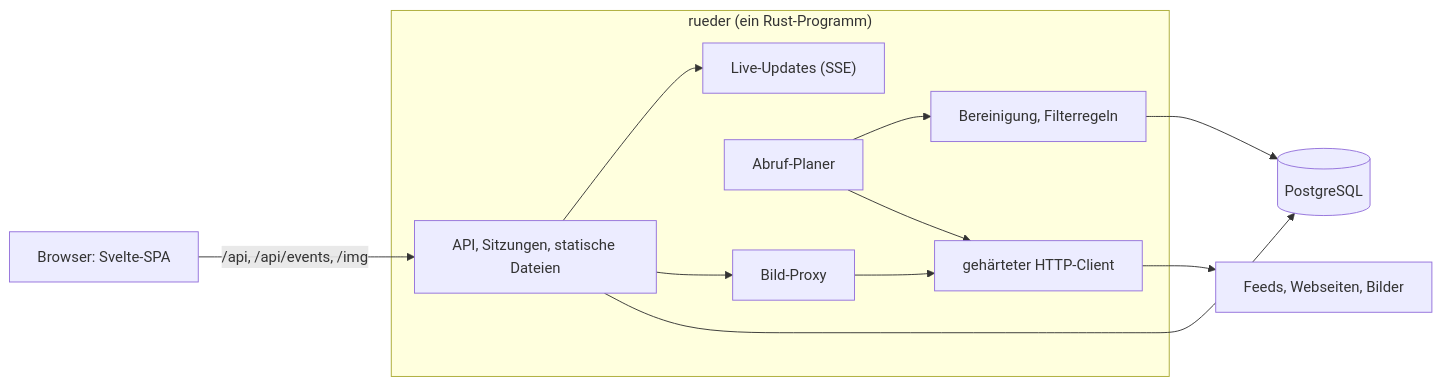
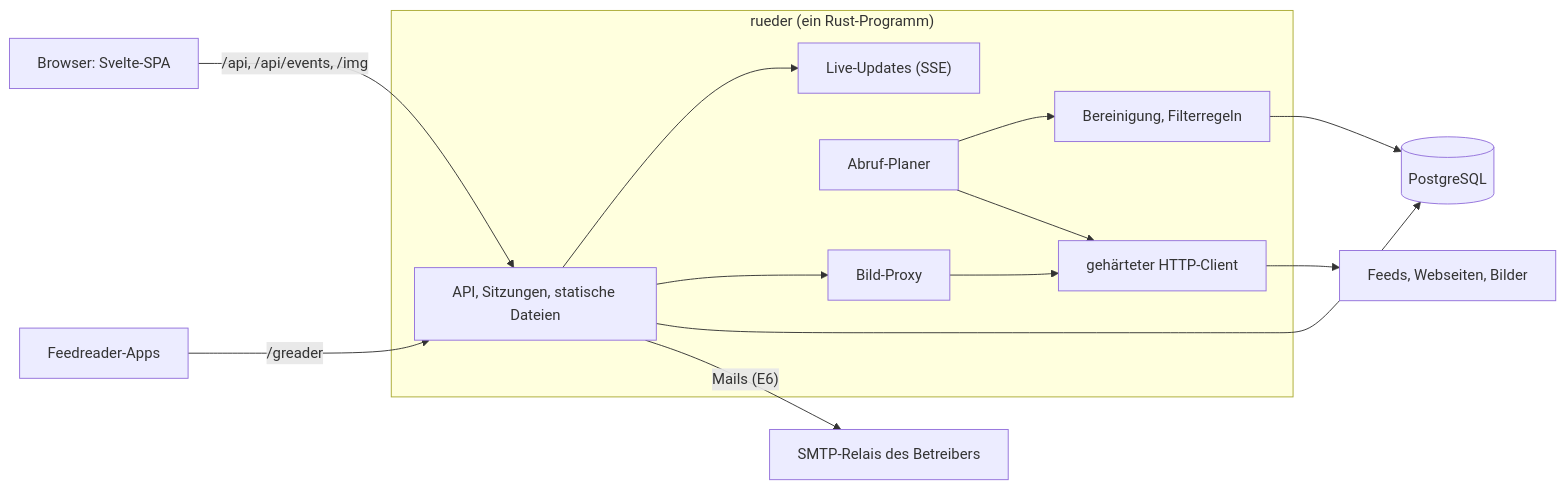
The diagram in docs/architecture.md (FionaPreroll/rueder), drawn with Mermaid before and after one commit. The commit also changed other lines of this file and 6 other files, not shown here.

````diff
--- a/docs/architecture.md
+++ b/docs/architecture.md
@@ -32,24 +35,28 @@
 ```mermaid
 flowchart LR
     browser["Browser: Svelte-SPA"]
+    apps["Feedreader-Apps"]
     subgraph rueder["rueder (ein Rust-Programm)"]
         api["API, Sitzungen, statische Dateien"]
         events["Live-Updates (SSE)"]
         fetcher["Abruf-Planer"]
         cleaner["Bereinigung, Filterregeln"]
         images["Bild-Proxy"]
         client["gehärteter HTTP-Client"]
     end
     db[("PostgreSQL")]
     net["Feeds, Webseiten, Bilder"]
+    relay["SMTP-Relais des Betreibers"]
 
     browser -->|"/api, /api/events, /img"| api
+    apps -->|"/greader"| api
     api --> events
     api --> images
     fetcher --> cleaner
     fetcher --> client
     images --> client
     api --> db
     cleaner --> db
     client --> net
+    api -->|"Mails (E6)"| relay
 ```
````
